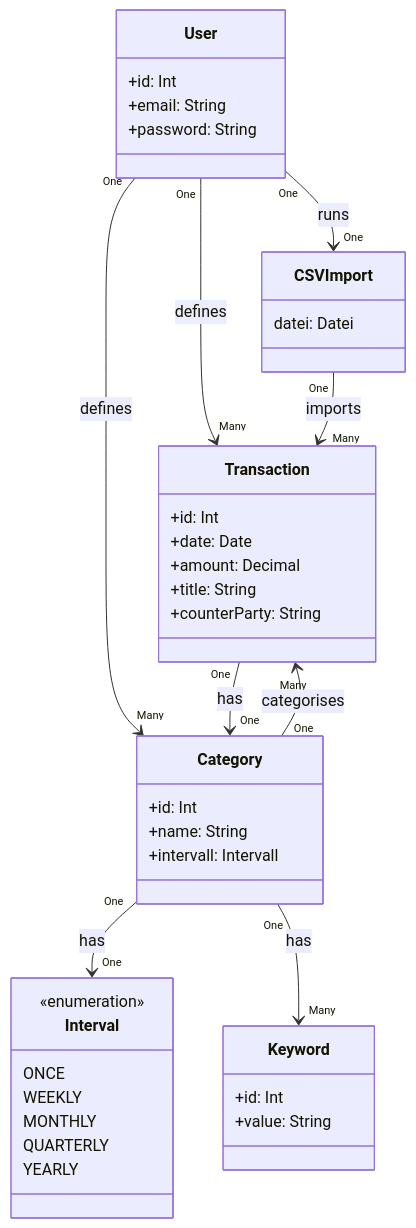
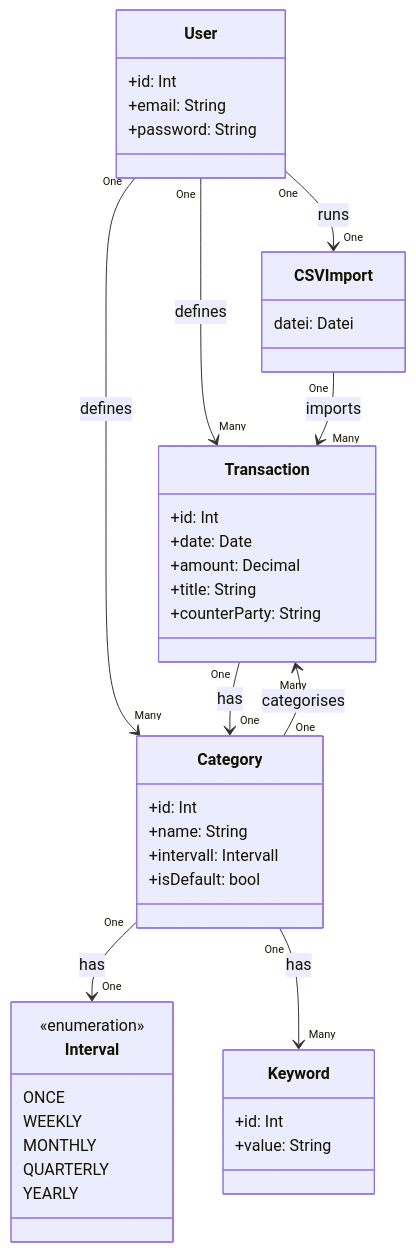
Before and after one commit to MoritzLue24/Broke-Manager: the diagram in Docs/backend-spec.md, drawn with Mermaid. The commit also changed other lines of this file, not shown here.

````diff
--- a/Docs/backend-spec.md
+++ b/Docs/backend-spec.md
@@ -23,53 +23,52 @@
 ```mermaid
 classDiagram
     class User {
         +id: Int
         +email: String
         +password: String
     }
 
     class Transaction {
         +id: Int
         +date: Date
         +amount: Decimal
         +title: String
         +counterParty: String
     }
 
     class Category {
         +id: Int 
         +name: String
         +intervall: Intervall
+        +isDefault: bool
     }
 
     class Interval {
         <<enumeration>>
         ONCE
         WEEKLY
         MONTHLY
         QUARTERLY
         YEARLY
     }
 
     class Keyword {
         +id: Int
         +value: String
     }
 
     class CSVImport {
         datei: Datei
     }
 
-    
-
     User "One" --> "Many" Transaction : defines
     User "One" --> "Many" Category : defines
 
     Category "One" --> "One" Interval : has
     Category "One" --> "Many" Transaction : categorises
     Category "One" --> "Many" Keyword : has
 
     Transaction "One" --> "One" Category : has
     User "One" --> "One" CSVImport : runs
     CSVImport "One" --> "Many" Transaction : imports
 ```
````
